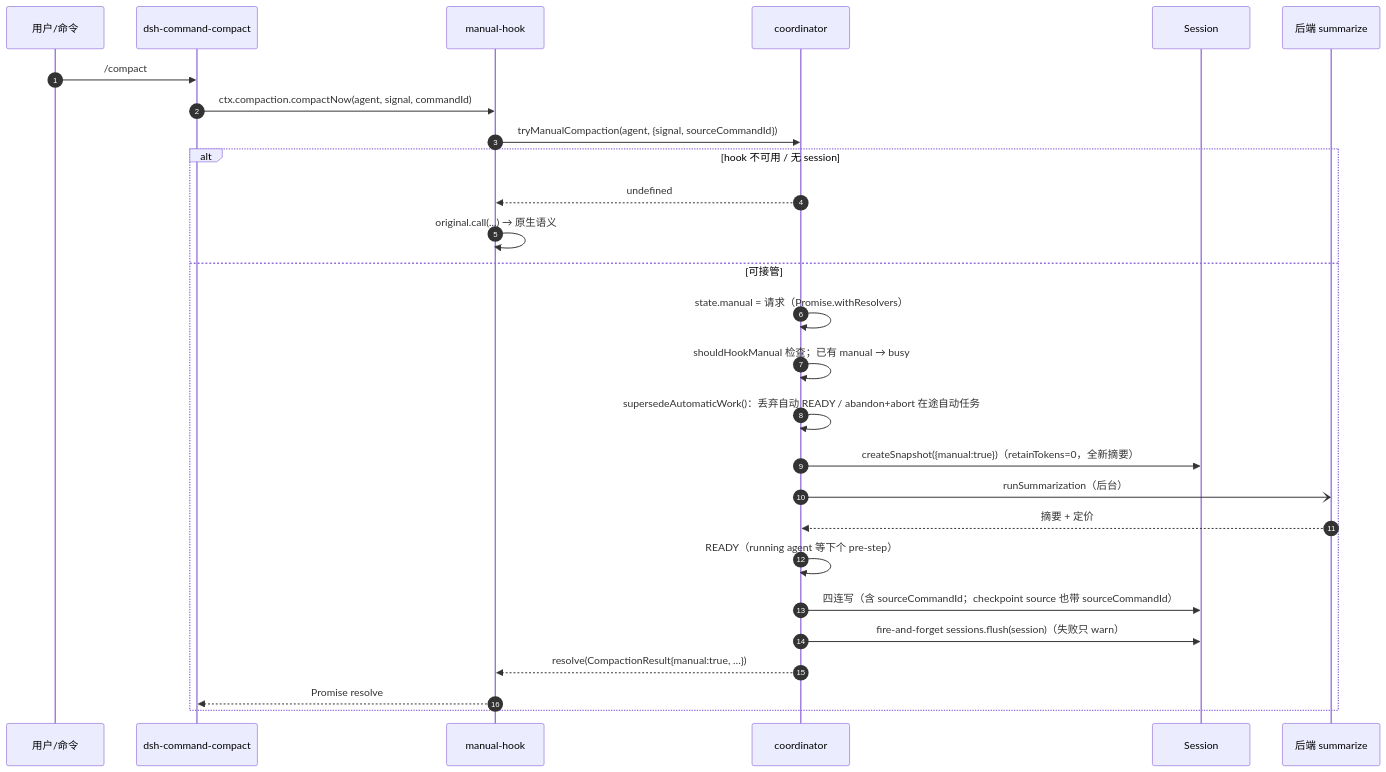
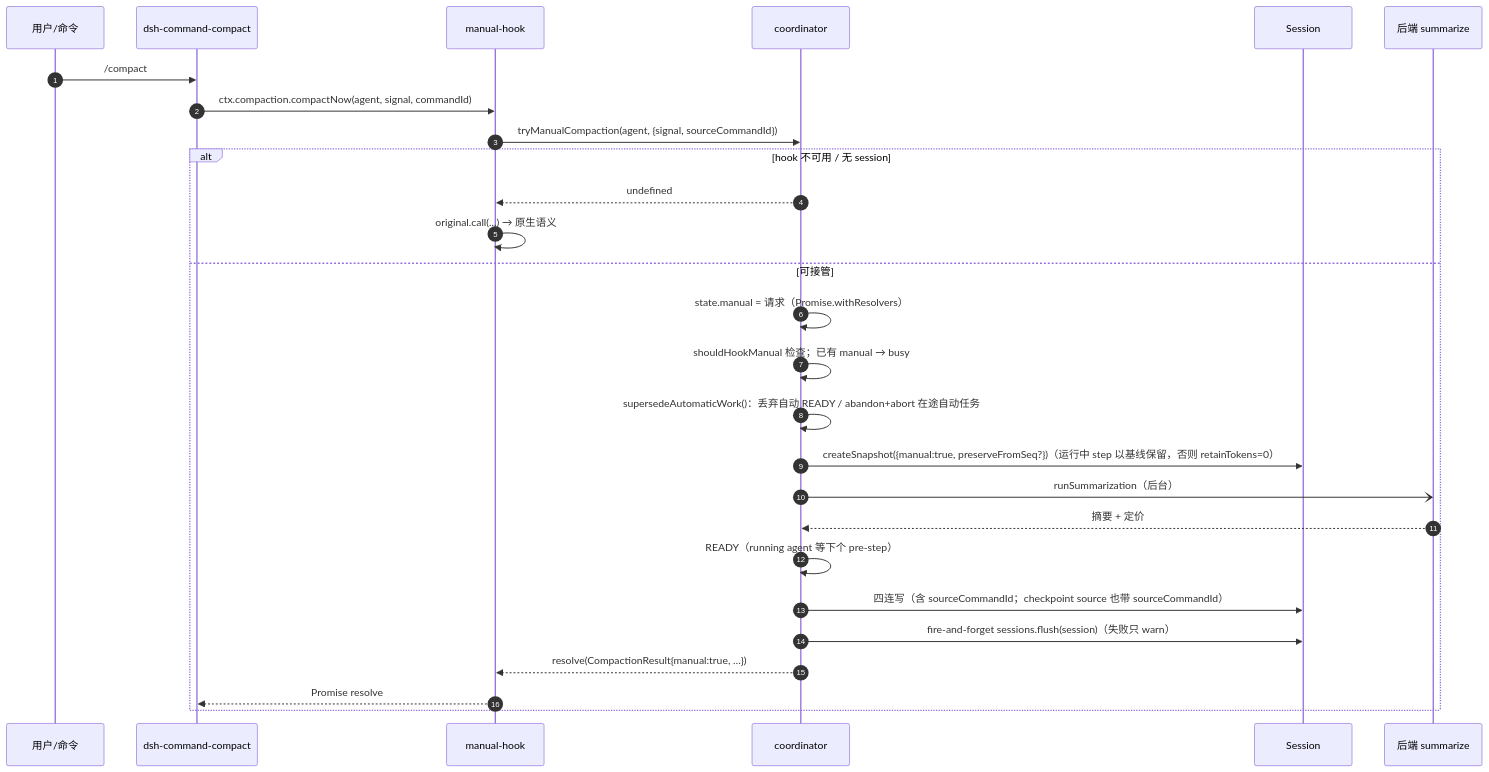
Before and after one commit to etherfun/dsh-async-compaction: the fifth of 6 diagrams in docs/02-design.md, drawn with Mermaid. The commit also changed other lines of this file and 10 other files, not shown here.

Commit message:
feat: apply a running manual compaction at the step baseline

````diff
--- a/docs/02-design.md
+++ b/docs/02-design.md
@@ -441,30 +445,30 @@
 ```mermaid
 sequenceDiagram
   autonumber
   participant U as 用户/命令
   participant CMD as dsh-command-compact
   participant MH as manual-hook
   participant C as coordinator
   participant SS as Session
   participant SM as 后端 summarize
 
   U->>CMD: /compact
   CMD->>MH: ctx.compaction.compactNow(agent, signal, commandId)
   MH->>C: tryManualCompaction(agent, {signal, sourceCommandId})
   alt hook 不可用 / 无 session
     C-->>MH: undefined
     MH->>MH: original.call(...) → 原生语义
   else 可接管
     C->>C: state.manual = 请求（Promise.withResolvers）
     C->>C: shouldHookManual 检查；已有 manual → busy
     C->>C: supersedeAutomaticWork()：丢弃自动 READY / abandon+abort 在途自动任务
-    C->>SS: createSnapshot({manual:true})（retainTokens=0，全新摘要）
+    C->>SS: createSnapshot({manual:true, preserveFromSeq?})（运行中 step 以基线保留，否则 retainTokens=0）
     C-)SM: runSummarization（后台）
     SM-->>C: 摘要 + 定价
     C->>C: READY（running agent 等下个 pre-step）
     C->>SS: 四连写（含 sourceCommandId；checkpoint source 也带 sourceCommandId）
     C->>SS: fire-and-forget sessions.flush(session)（失败只 warn）
     C-->>MH: resolve(CompactionResult{manual:true, …})
     MH-->>CMD: Promise resolve
   end
 ```
````
